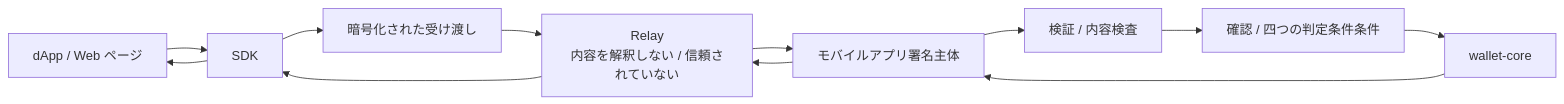
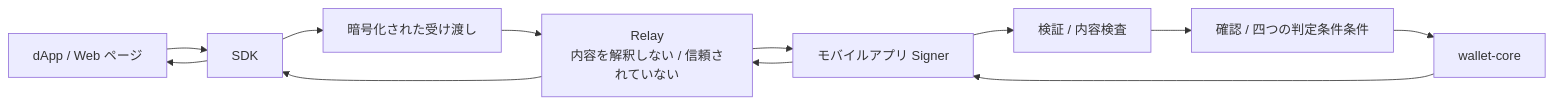
The second of 2 diagrams in docs/design/signing-flow.md (MosaicLynx/MosaicLynx), drawn with Mermaid before and after one commit. The commit also changed other lines of this file and 115 other files, not shown here.

````diff
--- a/docs/design/signing-flow.md
+++ b/docs/design/signing-flow.md
@@ -519,14 +519,14 @@
 ```mermaid
 flowchart LR
     D[dApp / Web ページ] --> S[SDK]
     S --> E[暗号化された受け渡し]
     E --> R[Relay<br/>内容を解釈しない / 信頼されていない]
-    R --> M[モバイルアプリ署名主体]
+    R --> M[モバイルアプリ Signer]
     M --> C[検証 / 内容検査]
     C --> U[確認 / 四つの判定条件条件]
     U --> W[wallet-core]
     W --> M
     M --> R
     R --> S
     S --> D
 ```
````
